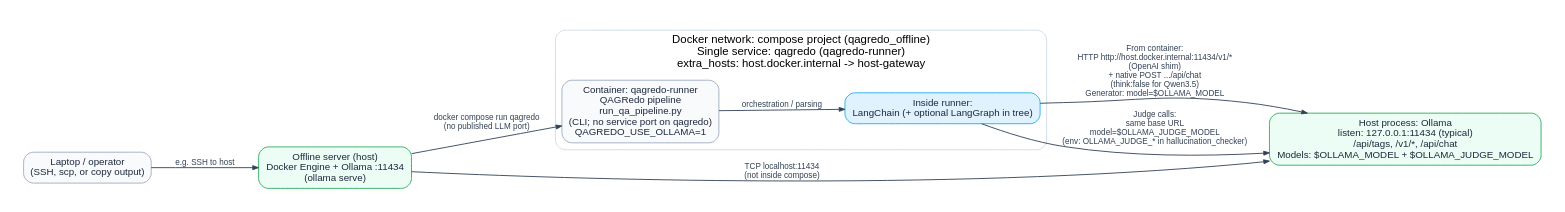
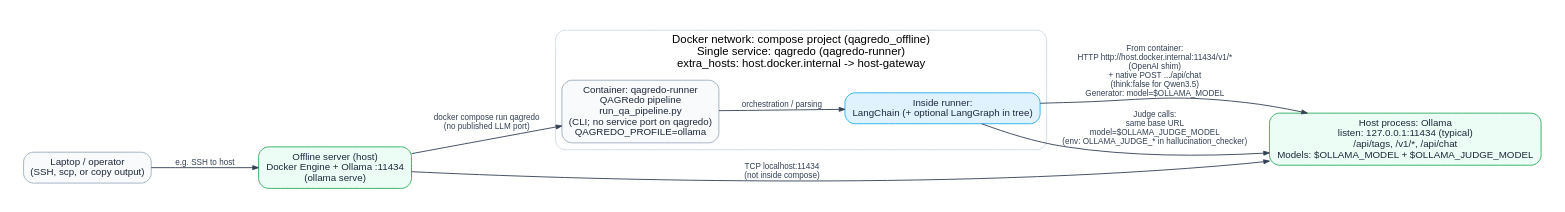
Before and after one commit to tohyewhong/qagredo-local: the diagram in docs/architecture/diagrams/network_docker_compose_ollama.dot, drawn with Graphviz. The commit also changed 89 other files, not shown here.

```diff
--- a/docs/architecture/diagrams/network_docker_compose_ollama.dot
+++ b/docs/architecture/diagrams/network_docker_compose_ollama.dot
@@ -1,53 +1,53 @@
 digraph NetworkDockerComposeOllama {
   graph [
     rankdir=LR,
     splines=true,
     bgcolor="#ffffff",
     pad="0.3",
     nodesep="0.6",
     ranksep="0.8",
     fontname="Arial"
   ];
 
   node [
     shape=box,
     style="rounded,filled",
     fillcolor="#f8fafc",
     color="#94a3b8",
     fontcolor="#1e293b",
     fontsize=12,
     fontname="Arial",
     margin="0.12,0.08"
   ];
 
   edge [
     color="#334155",
     penwidth=1.1,
     arrowsize=0.7,
     fontsize=10,
     fontname="Arial",
     fontcolor="#334155"
   ];
 
   laptop [label="Laptop / operator\n(SSH, scp, or copy output)"];
   host [label="Offline server (host)\nDocker Engine + Ollama :11434\n(ollama serve)", fillcolor="#ecfdf5", color="#16a34a"];
 
   subgraph cluster_net {
     label="Docker network: compose project (qagredo_offline)\nSingle service: qagredo (qagredo-runner)\nextra_hosts: host.docker.internal -> host-gateway";
     color="#cbd5e1";
     style="rounded";
 
-    runner [label="Container: qagredo-runner\nQAGRedo pipeline\nrun_qa_pipeline.py\n(CLI; no service port on qagredo)\nQAGREDO_USE_OLLAMA=1"];
+    runner [label="Container: qagredo-runner\nQAGRedo pipeline\nrun_qa_pipeline.py\n(CLI; no service port on qagredo)\nQAGREDO_PROFILE=ollama"];
     framework [label="Inside runner:\nLangChain (+ optional LangGraph in tree)", fillcolor="#e0f2fe", color="#0ea5e9"];
  }
 
   ollama [label="Host process: Ollama\nlisten: 127.0.0.1:11434 (typical)\n/api/tags, /v1/*, /api/chat\nModels: $OLLAMA_MODEL + $OLLAMA_JUDGE_MODEL", fillcolor="#ecfdf5", color="#16a34a"];
 
   laptop -> host [label="e.g. SSH to host"];
   host -> runner [label="docker compose run qagredo\n(no published LLM port)"];
   host -> ollama [label="TCP localhost:11434\n(not inside compose)"];
 
   runner -> framework [label="orchestration / parsing"];
   framework -> ollama [label="From container:\nHTTP http://host.docker.internal:11434/v1/*\n(OpenAI shim)\n+ native POST .../api/chat\n(think:false for Qwen3.5)\nGenerator: model=$OLLAMA_MODEL"];
   framework -> ollama [label="Judge calls:\nsame base URL\nmodel=$OLLAMA_JUDGE_MODEL\n(env: OLLAMA_JUDGE_* in hallucination_checker)"];
 }
```
